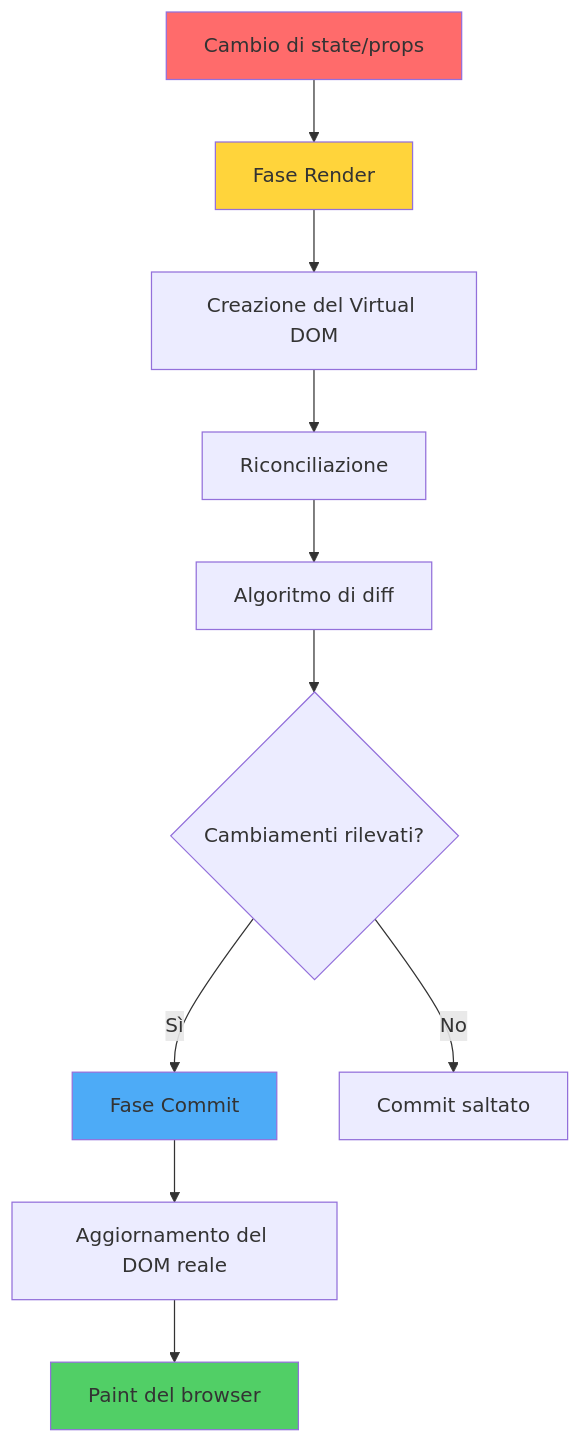
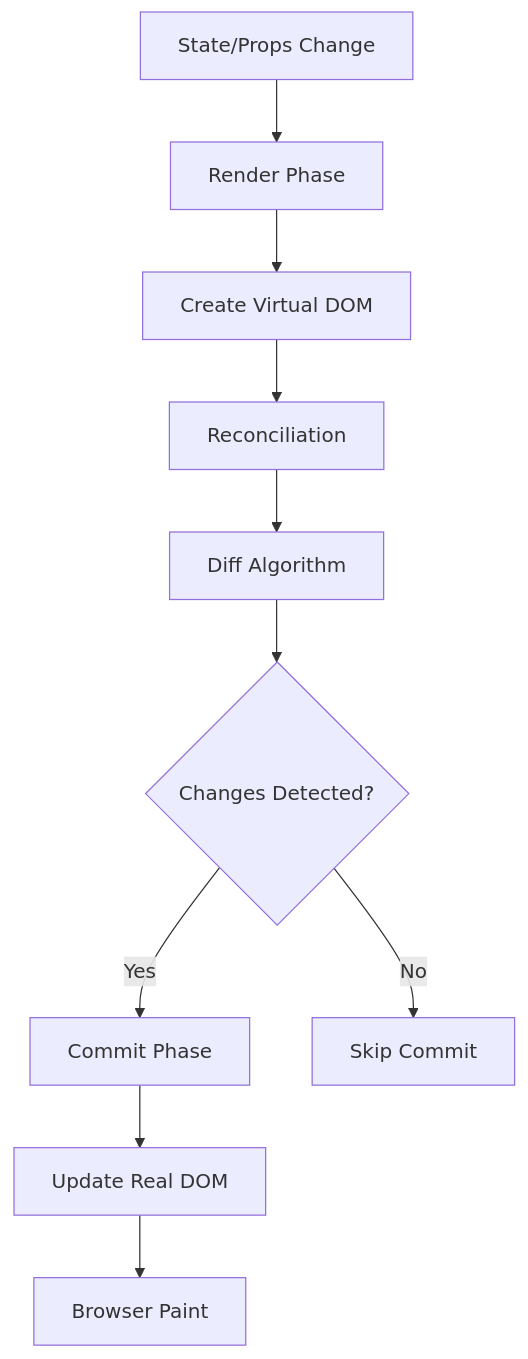
One commit to BabaScience/react-guides changed the first of 5 diagrams in arguments/chapters/it/09-performance-optimization.md. Above: the diagram before and after it, drawn with Mermaid. The commit also changed other lines of this file and 29 other files, not shown here.

First line of the commit message:
Bring React FR/IT translations to full English parity + theme-safe diagrams

````diff
--- a/arguments/chapters/it/09-performance-optimization.md
+++ b/arguments/chapters/it/09-performance-optimization.md
@@ -13,19 +28,15 @@
 ```mermaid
 graph TD
-    A["Cambio di state/props"] --> B["Fase Render"]
-    B --> C["Creazione del Virtual DOM"]
-    C --> D["Riconciliazione"]
-    D --> E["Algoritmo di diff"]
-    E --> F{"Cambiamenti rilevati?"}
-
-    F -->|Sì| G["Fase Commit"]
-    F -->|No| H["Commit saltato"]
-
-    G --> I["Aggiornamento del DOM reale"]
-    I --> J["Paint del browser"]
-
-    style A fill:#ff6b6b
-    style B fill:#ffd43b
-    style G fill:#4dabf7
-    style J fill:#51cf66
+    A[State/Props Change] --> B[Render Phase]
+    B --> C[Create Virtual DOM]
+    C --> D[Reconciliation]
+    D --> E[Diff Algorithm]
+    E --> F{Changes Detected?}
+    
+    F -->|Yes| G[Commit Phase]
+    F -->|No| H[Skip Commit]
+    
+    G --> I[Update Real DOM]
+    I --> J[Browser Paint]
+    
 ```
````
